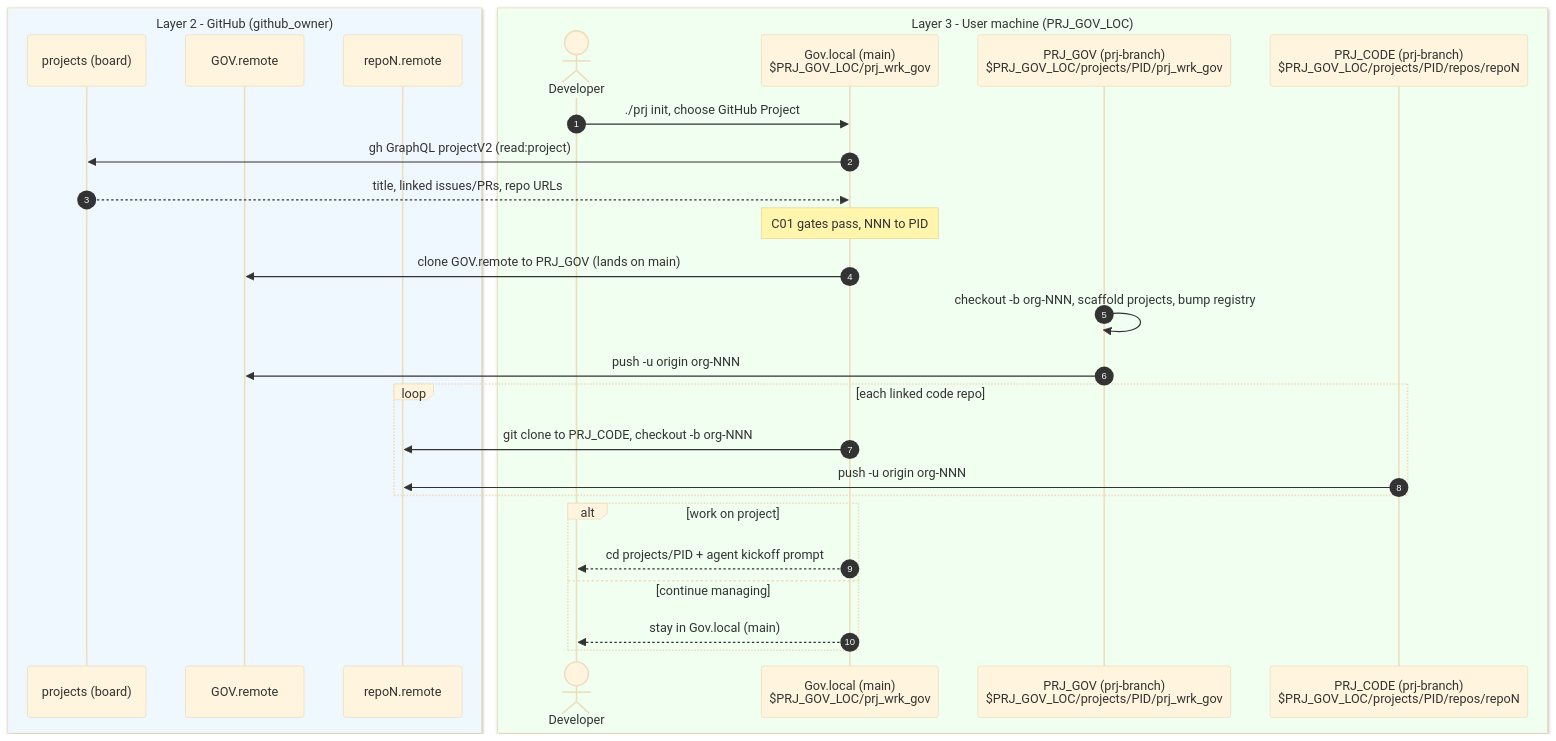
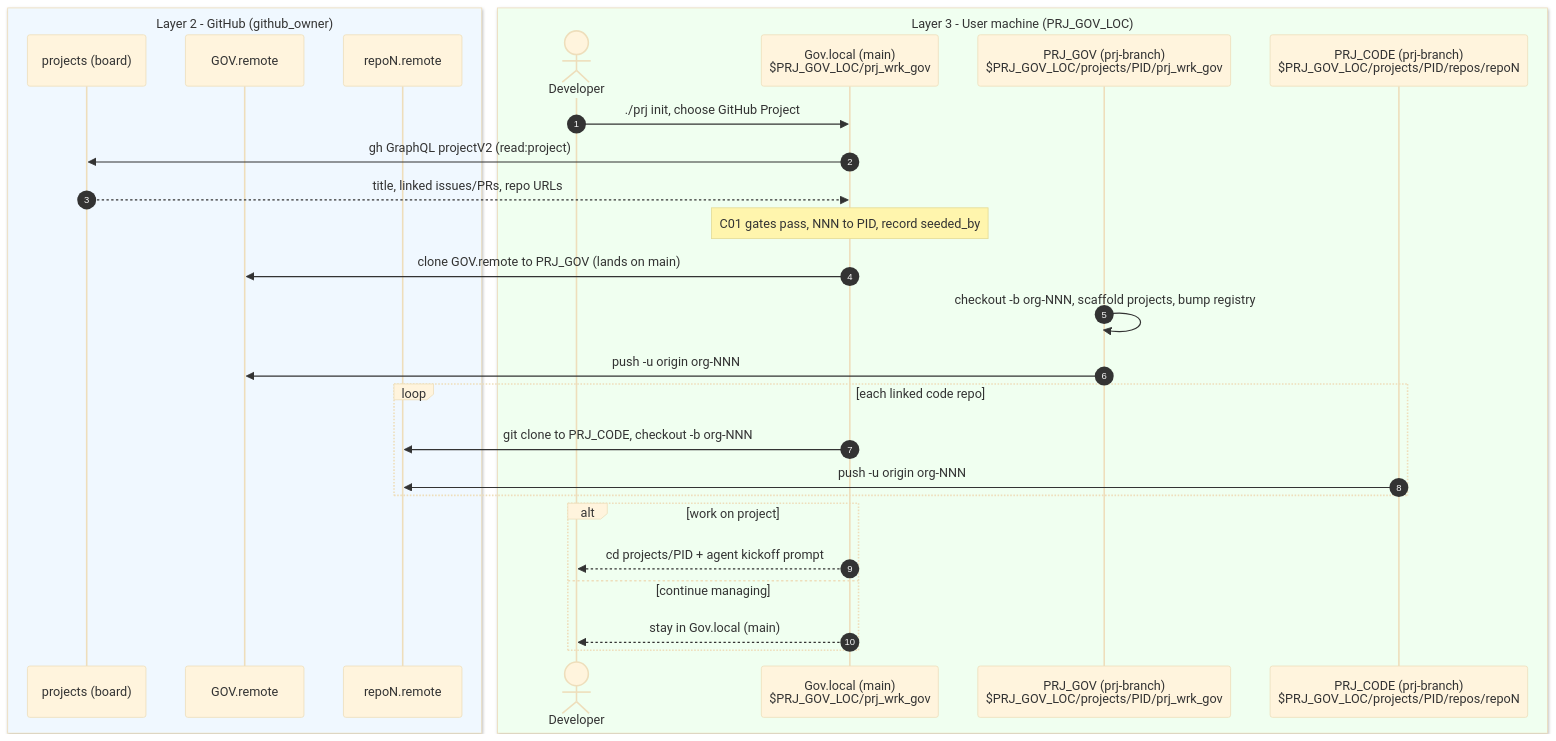
Before and after one commit to svayam-opensource/governed-agentic-dev-framework: the ninth of 20 diagrams in docs/design/option-2-sequence-diagrams.md, drawn with Mermaid (base theme). The commit also changed other lines of this file and 6 other files, not shown here.

````diff
--- a/docs/design/option-2-sequence-diagrams.md
+++ b/docs/design/option-2-sequence-diagrams.md
@@ -378,32 +404,32 @@
 ```mermaid
 sequenceDiagram
     autonumber
     box AliceBlue Layer 2 - GitHub (github_owner)
         participant Board as projects (board)
         participant RG as GOV.remote
         participant RC as repoN.remote
     end
     box Honeydew Layer 3 - User machine (PRJ_GOV_LOC)
         actor Dev as Developer
         participant GL as Gov.local (main)<br/>$PRJ_GOV_LOC/prj_wrk_gov
         participant PG as PRJ_GOV (prj-branch)<br/>$PRJ_GOV_LOC/projects/PID/prj_wrk_gov
         participant CODE as PRJ_CODE (prj-branch)<br/>$PRJ_GOV_LOC/projects/PID/repos/repoN
     end
 
     Dev->>GL: ./prj init, choose GitHub Project
     GL->>Board: gh GraphQL projectV2 (read:project)
     Board-->>GL: title, linked issues/PRs, repo URLs
-    Note over GL: C01 gates pass, NNN to PID
+    Note over GL: C01 gates pass, NNN to PID, record seeded_by
     GL->>RG: clone GOV.remote to PRJ_GOV (lands on main)
     PG->>PG: checkout -b org-NNN, scaffold projects, bump registry
     PG->>RG: push -u origin org-NNN
     loop each linked code repo
         GL->>RC: git clone to PRJ_CODE, checkout -b org-NNN
         CODE->>RC: push -u origin org-NNN
     end
     alt work on project
         GL-->>Dev: cd projects/PID + agent kickoff prompt
     else continue managing
         GL-->>Dev: stay in Gov.local (main)
     end
 ```
````
